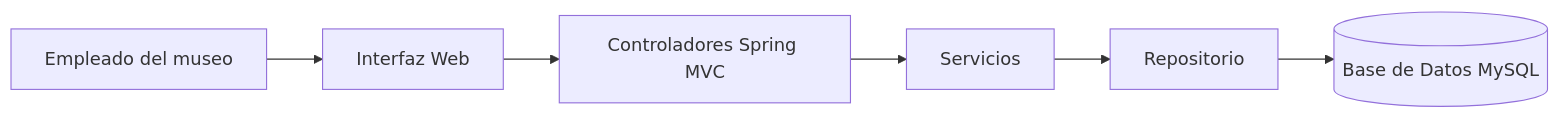
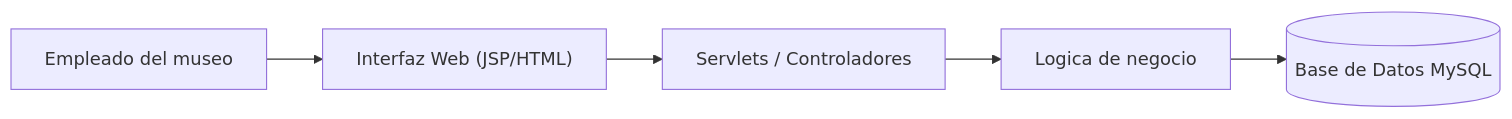
The diagram in README.md (MarMarielle/MuseoApp), drawn with Mermaid before and after one commit. The commit also changed other lines of this file, not shown here.

````diff
--- a/README.md
+++ b/README.md
@@ -37,8 +38,7 @@
 ```mermaid
 flowchart LR
-    U[Empleado del museo] --> W[Interfaz Web]
-    W --> C[Controladores Spring MVC]
-    C --> S[Servicios]
-    S --> R[Repositorio]
-    R --> D[(Base de Datos MySQL)]
+    U["Empleado del museo"] --> W["Interfaz Web (JSP/HTML)"]
+    W --> C["Servlets / Controladores"]
+    C --> S["Logica de negocio"]
+    S --> D[("Base de Datos MySQL")]
 ```
````
